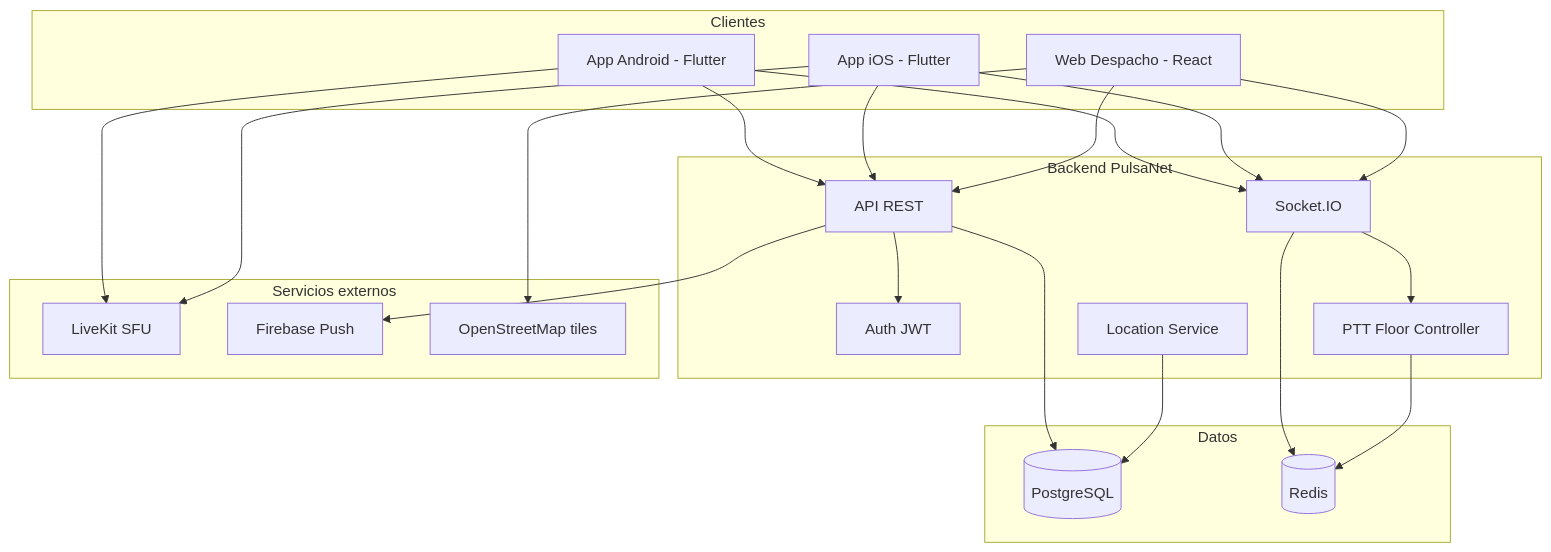
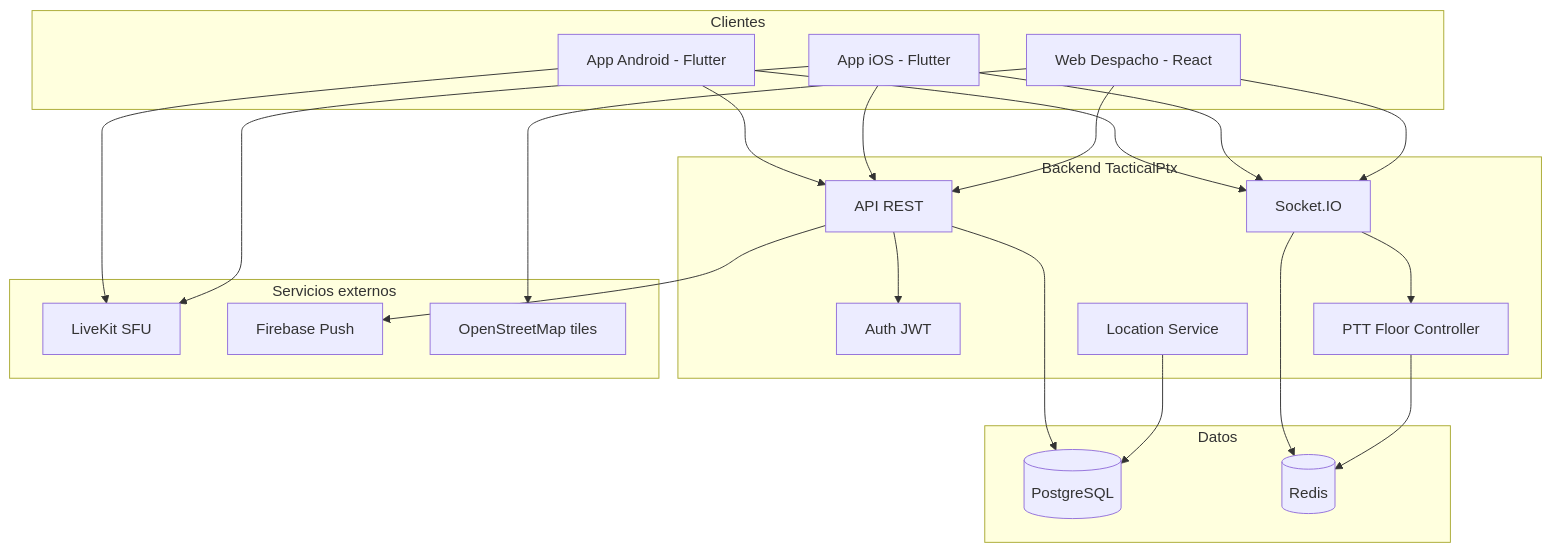
One commit to jrticivrm-boop/pulsanet changed the diagram in docs/ARQUITECTURA.md. Above: the diagram before and after it, drawn with Mermaid. The commit also changed other lines of this file and 413 other files, not shown here.

First line of the commit message:
TacticalPtx 1.8.50: chat/despacho, OTA, org units y rollback UI claro.

````diff
--- a/docs/ARQUITECTURA.md
+++ b/docs/ARQUITECTURA.md
@@ -5,44 +5,44 @@
 ```mermaid
 flowchart TB
-    subgraph clientes [Clientes]
-        MA[App Android - Flutter]
-        MI[App iOS - Flutter]
-        WD[Web Despacho - React]
-    end
+ subgraph clientes [Clientes]
+ MA[App Android - Flutter]
+ MI[App iOS - Flutter]
+ WD[Web Despacho - React]
+ end
 
-    subgraph api [Backend PulsaNet]
-        REST[API REST]
-        WS[Socket.IO]
-        AUTH[Auth JWT]
-        PTT[PTT Floor Controller]
-        LOC[Location Service]
-    end
+ subgraph api [Backend TacticalPtx]
+ REST[API REST]
+ WS[Socket.IO]
+ AUTH[Auth JWT]
+ PTT[PTT Floor Controller]
+ LOC[Location Service]
+ end
 
-    subgraph datos [Datos]
-        PG[(PostgreSQL)]
-        RD[(Redis)]
-    end
+ subgraph datos [Datos]
+ PG[(PostgreSQL)]
+ RD[(Redis)]
+ end
 
-    subgraph externo [Servicios externos]
-        LK[LiveKit SFU]
-        FCM[Firebase Push]
-        OSM[OpenStreetMap tiles]
-    end
+ subgraph externo [Servicios externos]
+ LK[LiveKit SFU]
+ FCM[Firebase Push]
+ OSM[OpenStreetMap tiles]
+ end
 
-    MA --> REST
-    MI --> REST
-    WD --> REST
-    MA --> WS
-    MI --> WS
-    WD --> WS
-    MA --> LK
-    MI --> LK
-    REST --> AUTH
-    REST --> PG
-    WS --> PTT
-    WS --> RD
-    PTT --> RD
-    LOC --> PG
-    REST --> FCM
-    WD --> OSM
+ MA --> REST
+ MI --> REST
+ WD --> REST
+ MA --> WS
+ MI --> WS
+ WD --> WS
+ MA --> LK
+ MI --> LK
+ REST --> AUTH
+ REST --> PG
+ WS --> PTT
+ WS --> RD
+ PTT --> RD
+ LOC --> PG
+ REST --> FCM
+ WD --> OSM
 ```
````
